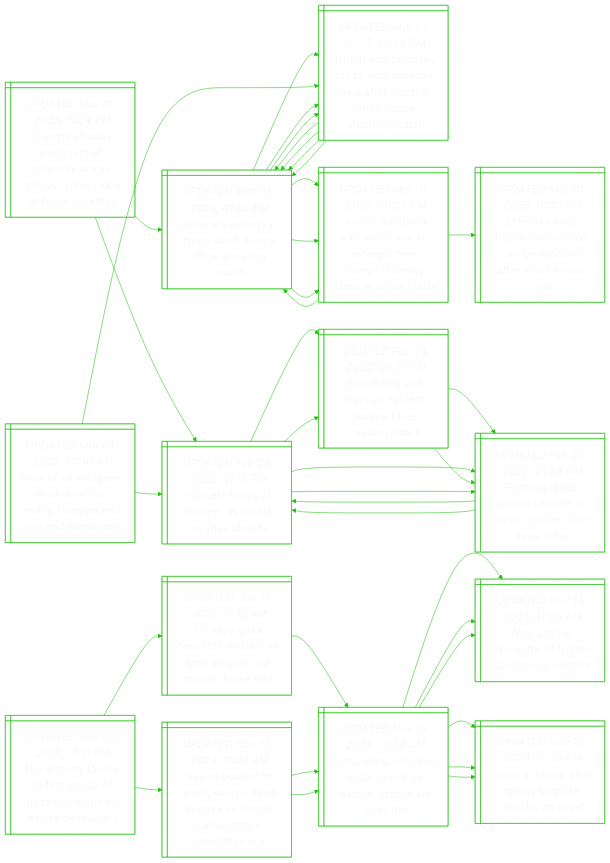
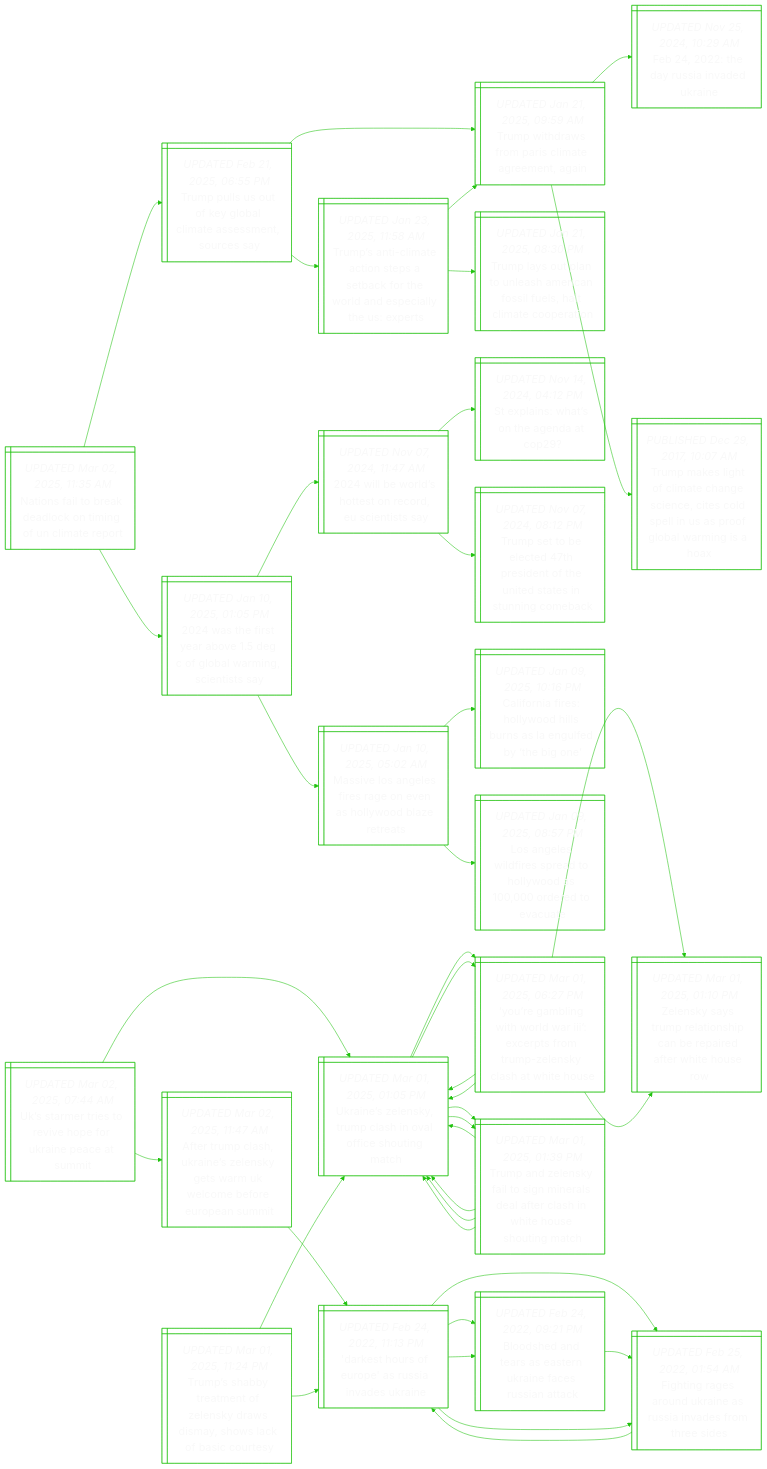
The diagram in README.md (notJmes/notJmes), drawn with Mermaid before and after one commit. The commit also changed other lines of this file, not shown here.

````diff
--- a/README.md
+++ b/README.md
@@ -15,6 +15,89 @@
 %%{init: {'theme':'base', 'themeVariables': {'primaryColor': "transparent", 'primaryTextColor': "#F9F9F9", 'lineColor': "#20C20E", 'primaryBorderColor':'#20C20E'}}}%%
 flowchart LR
 classDef txtsize font-size:20px;
+
+Nnleakmfirt@{ shape: win-pane, label: "_UPDATED Mar 02, 2025, 11:35 AM_
+Nations fail to break deadlock on timing of un climate report" }
+TpUoglaseus@{ shape: win-pane, label: "_UPDATED Feb 21, 2025, 06:55 PM_
+Trump pulls us out of key global climate assessment, sources say" }
+Twrrriamg@{ shape: win-pane, label: "_UPDATED Jan 21, 2025, 09:59 AM_
+Trump withdraws from paris climate agreement, again" }
+Tmlomhscedlaobria@{ shape: win-pane, label: "_PUBLISHED Dec 29, 2017, 10:07 AM_
+Trump makes light of climate change science, cites cold spell in us as proof global warming is a hoax" }
+Feuiea@{ shape: win-pane, label: "_UPDATED Nov 25, 2024, 10:29 AM_
+Feb 24, 2022: the day russia invaded ukraine" }
+TsctieekhleitEt@{ shape: win-pane, label: "_UPDATED Jan 23, 2025, 11:58 AM_
+Trump’s anti-climate action steps a setback for the world and especially the us: experts" }
+Twrrriamg@{ shape: win-pane, label: "_UPDATED Jan 21, 2025, 09:59 AM_
+Trump withdraws from paris climate agreement, again" }
+TlunlAcsuaicrn@{ shape: win-pane, label: "_UPDATED Jan 21, 2025, 08:30 PM_
+Trump lays out plan to unleash american fossil fuels, halt climate cooperation" }
+wetadfamcia@{ shape: win-pane, label: "_UPDATED Jan 10, 2025, 01:05 PM_
+2024 was the first year above 1.5 deg c of global warming, scientists say" }
+wedtnrcia@{ shape: win-pane, label: "_UPDATED Nov 07, 2024, 11:47 AM_
+2024 will be world’s hottest on record, eu scientists say" }
+SlWoaaP@{ shape: win-pane, label: "_UPDATED Nov 14, 2024, 04:12 PM_
+St explains: what’s on the agenda at cop29?" }
+TsbchioUdetne@{ shape: win-pane, label: "_UPDATED Nov 07, 2024, 08:12 PM_
+Trump set to be elected 47th president of the united states in stunning comeback" }
+MvAeeeeooats@{ shape: win-pane, label: "_UPDATED Jan 10, 2025, 05:02 AM_
+Massive los angeles fires rage on even as hollywood blaze retreats" }
+CofHwiusgden@{ shape: win-pane, label: "_UPDATED Jan 09, 2025, 10:16 PM_
+California fires: hollywood hills burns as la engulfed by ‘the big one’" }
+Lgwiptlddtc@{ shape: win-pane, label: "_UPDATED Jan 09, 2025, 08:57 PM_
+Los angeles wildfires spread to hollywood as 100,000 ordered to evacuate" }
+
+Nnleakmfirt:::txtsize --> TpUoglaseus:::txtsize
+TpUoglaseus:::txtsize --> Twrrriamg:::txtsize
+Twrrriamg:::txtsize --> Tmlomhscedlaobria:::txtsize
+Twrrriamg:::txtsize --> Feuiea:::txtsize
+TpUoglaseus:::txtsize --> TsctieekhleitEt:::txtsize
+TsctieekhleitEt:::txtsize --> Twrrriamg:::txtsize
+TsctieekhleitEt:::txtsize --> TlunlAcsuaicrn:::txtsize
+Nnleakmfirt:::txtsize --> wetadfamcia:::txtsize
+wetadfamcia:::txtsize --> wedtnrcia:::txtsize
+wedtnrcia:::txtsize --> SlWoaaP:::txtsize
+wedtnrcia:::txtsize --> TsbchioUdetne:::txtsize
+wetadfamcia:::txtsize --> MvAeeeeooats:::txtsize
+MvAeeeeooats:::txtsize --> CofHwiusgden:::txtsize
+MvAeeeeooats:::txtsize --> Lgwiptlddtc:::txtsize
+
+UattipUncu@{ shape: win-pane, label: "_UPDATED Mar 02, 2025, 07:44 AM_
+Uk’s starmer tries to revive hope for ukraine peace at summit" }
+ATcUnlywKofuam@{ shape: win-pane, label: "_UPDATED Mar 02, 2025, 11:47 AM_
+After trump clash, ukraine’s zelensky gets warm uk welcome before european summit" }
+DsruasvUn@{ shape: win-pane, label: "_UPDATED Feb 24, 2022, 11:13 PM_
+'darkest hours of europe' as russia invades ukraine" }
+Bsnranicsak@{ shape: win-pane, label: "_UPDATED Feb 24, 2022, 09:21 PM_
+Bloodshed and tears as eastern ukraine faces russian attack" }
+Figokesnsts@{ shape: win-pane, label: "_UPDATED Feb 25, 2022, 01:54 AM_
+Fighting rages around ukraine as russia invades from three sides" }
+Unlyphaiogh@{ shape: win-pane, label: "_UPDATED Mar 01, 2025, 01:05 PM_
+Ukraine’s zelensky, trump clash in oval office shouting match" }
+TalytnretaWHsit@{ shape: win-pane, label: "_UPDATED Mar 01, 2025, 01:39 PM_
+Trump and zelensky fail to sign minerals deal after clash in white house shouting match" }
+Unlyphaiogh@{ shape: win-pane, label: "_UPDATED Mar 01, 2025, 01:05 PM_
+Ukraine’s zelensky, trump clash in oval office shouting match" }
+Unlyphaiogh@{ shape: win-pane, label: "_UPDATED Mar 01, 2025, 01:05 PM_
+Ukraine’s zelensky, trump clash in oval office shouting match" }
+YgitlIcsTZsaWH@{ shape: win-pane, label: "_UPDATED Mar 01, 2025, 06:27 PM_
+‘you’re gambling with world war iii’: excerpts from trump-zelensky clash at white house" }
+Unlyphaiogh@{ shape: win-pane, label: "_UPDATED Mar 01, 2025, 01:05 PM_
+Ukraine’s zelensky, trump clash in oval office shouting match" }
+Zsymasaeeets@{ shape: win-pane, label: "_UPDATED Mar 01, 2025, 01:10 PM_
+Zelensky says trump relationship can be repaired after white house row" }
+
+UattipUncu:::txtsize --> ATcUnlywKofuam:::txtsize
+ATcUnlywKofuam:::txtsize --> DsruasvUn:::txtsize
+DsruasvUn:::txtsize --> Bsnranicsak:::txtsize
+DsruasvUn:::txtsize --> Figokesnsts:::txtsize
+UattipUncu:::txtsize --> Unlyphaiogh:::txtsize
+Unlyphaiogh:::txtsize --> TalytnretaWHsit:::txtsize
+TalytnretaWHsit:::txtsize --> Unlyphaiogh:::txtsize
+TalytnretaWHsit:::txtsize --> Unlyphaiogh:::txtsize
+Unlyphaiogh:::txtsize --> YgitlIcsTZsaWH:::txtsize
+YgitlIcsTZsaWH:::txtsize --> Unlyphaiogh:::txtsize
+YgitlIcsTZsaWH:::txtsize --> Zsymasaeeets:::txtsize
 
 Tsbatlysawksuy@{ shape: win-pane, label: "_UPDATED Mar 01, 2025, 11:24 PM_
 Trump’s shabby treatment of zelensky draws dismay, shows lack of basic courtesy" }
@@ -56,81 +139,4 @@
 DsruasvUn:::txtsize --> Figokesnsts:::txtsize
 Figokesnsts:::txtsize --> DsruasvUn:::txtsize
 
-UtysraGruxoc@{ shape: win-pane, label: "_UPDATED Mar 01, 2025, 10:11 PM_
-Uncertainty looms as first phase of gaza truce due to expire on march 1" }
-Uscfotmpanon@{ shape: win-pane, label: "_UPDATED Jan 17, 2025, 11:12 AM_
-Us says gaza ceasefire to start on time despite last minute ‘loose end’" }
-NyeeawHakl@{ shape: win-pane, label: "_UPDATED Nov 13, 2024, 10:58 AM_
-Netanyahu declares israel at war as hamas attacks kill over 100" }
-WzptIleint@{ shape: win-pane, label: "_UPDATED Nov 13, 2024, 11:00 AM_
-Why gaza is epicentre of israeli-palestinian conflict" }
-Wiceapaks@{ shape: win-pane, label: "_UPDATED Nov 13, 2024, 11:00 AM_
-World in shock after hamas surprise attacks on israel" }
-Sbsrcdnacaale@{ shape: win-pane, label: "_UPDATED Nov 13, 2024, 11:02 AM_
-‘sea of bodies’ in israel, scores dead in gaza as shock hamas attack unleashes war" }
-NyeeawHakl@{ shape: win-pane, label: "_UPDATED Nov 13, 2024, 10:58 AM_
-Netanyahu declares israel at war as hamas attacks kill over 100" }
-WzptIleint@{ shape: win-pane, label: "_UPDATED Nov 13, 2024, 11:00 AM_
-Why gaza is epicentre of israeli-palestinian conflict" }
-Wiceapaks@{ shape: win-pane, label: "_UPDATED Nov 13, 2024, 11:00 AM_
-World in shock after hamas surprise attacks on israel" }
-NyeeawHakl@{ shape: win-pane, label: "_UPDATED Nov 13, 2024, 10:58 AM_
-Netanyahu declares israel at war as hamas attacks kill over 100" }
-WzptIleint@{ shape: win-pane, label: "_UPDATED Nov 13, 2024, 11:00 AM_
-Why gaza is epicentre of israeli-palestinian conflict" }
-Wiceapaks@{ shape: win-pane, label: "_UPDATED Nov 13, 2024, 11:00 AM_
-World in shock after hamas surprise attacks on israel" }
-
-UtysraGruxoc:::txtsize --> Uscfotmpanon:::txtsize
-Uscfotmpanon:::txtsize --> NyeeawHakl:::txtsize
-NyeeawHakl:::txtsize --> WzptIleint:::txtsize
-NyeeawHakl:::txtsize --> Wiceapaks:::txtsize
-UtysraGruxoc:::txtsize --> Sbsrcdnacaale:::txtsize
-Sbsrcdnacaale:::txtsize --> NyeeawHakl:::txtsize
-NyeeawHakl:::txtsize --> WzptIleint:::txtsize
-NyeeawHakl:::txtsize --> Wiceapaks:::txtsize
-Sbsrcdnacaale:::txtsize --> NyeeawHakl:::txtsize
-NyeeawHakl:::txtsize --> WzptIleint:::txtsize
-NyeeawHakl:::txtsize --> Wiceapaks:::txtsize
-
-Ffataaroayot@{ shape: win-pane, label: "_UPDATED Mar 01, 2025, 10:36 AM_
-Flow of us weapons to ukraine has nearly stopped and may end completely" }
-TalytnretaWHsit@{ shape: win-pane, label: "_UPDATED Mar 01, 2025, 01:39 PM_
-Trump and zelensky fail to sign minerals deal after clash in white house shouting match" }
-Unlyphaiogh@{ shape: win-pane, label: "_UPDATED Mar 01, 2025, 01:05 PM_
-Ukraine’s zelensky, trump clash in oval office shouting match" }
-TalytnretaWHsit@{ shape: win-pane, label: "_UPDATED Mar 01, 2025, 01:39 PM_
-Trump and zelensky fail to sign minerals deal after clash in white house shouting match" }
-YgitlIcsTZsaWH@{ shape: win-pane, label: "_UPDATED Mar 01, 2025, 06:27 PM_
-‘you’re gambling with world war iii’: excerpts from trump-zelensky clash at white house" }
-Unlyphaiogh@{ shape: win-pane, label: "_UPDATED Mar 01, 2025, 01:05 PM_
-Ukraine’s zelensky, trump clash in oval office shouting match" }
-TalytnretaWHsit@{ shape: win-pane, label: "_UPDATED Mar 01, 2025, 01:39 PM_
-Trump and zelensky fail to sign minerals deal after clash in white house shouting match" }
-YgitlIcsTZsaWH@{ shape: win-pane, label: "_UPDATED Mar 01, 2025, 06:27 PM_
-‘you’re gambling with world war iii’: excerpts from trump-zelensky clash at white house" }
-DsruasvUn@{ shape: win-pane, label: "_UPDATED Feb 24, 2022, 11:13 PM_
-'darkest hours of europe' as russia invades ukraine" }
-Bsnranicsak@{ shape: win-pane, label: "_UPDATED Feb 24, 2022, 09:21 PM_
-Bloodshed and tears as eastern ukraine faces russian attack" }
-Figokesnsts@{ shape: win-pane, label: "_UPDATED Feb 25, 2022, 01:54 AM_
-Fighting rages around ukraine as russia invades from three sides" }
-Figokesnsts@{ shape: win-pane, label: "_UPDATED Feb 25, 2022, 01:54 AM_
-Fighting rages around ukraine as russia invades from three sides" }
-DsruasvUn@{ shape: win-pane, label: "_UPDATED Feb 24, 2022, 11:13 PM_
-'darkest hours of europe' as russia invades ukraine" }
-
-Ffataaroayot:::txtsize --> TalytnretaWHsit:::txtsize
-TalytnretaWHsit:::txtsize --> Unlyphaiogh:::txtsize
-Unlyphaiogh:::txtsize --> TalytnretaWHsit:::txtsize
-Unlyphaiogh:::txtsize --> YgitlIcsTZsaWH:::txtsize
-TalytnretaWHsit:::txtsize --> Unlyphaiogh:::txtsize
-Unlyphaiogh:::txtsize --> TalytnretaWHsit:::txtsize
-Unlyphaiogh:::txtsize --> YgitlIcsTZsaWH:::txtsize
-Ffataaroayot:::txtsize --> DsruasvUn:::txtsize
-DsruasvUn:::txtsize --> Bsnranicsak:::txtsize
-Bsnranicsak:::txtsize --> Figokesnsts:::txtsize
-DsruasvUn:::txtsize --> Figokesnsts:::txtsize
-Figokesnsts:::txtsize --> DsruasvUn:::txtsize
-
 ```
````
